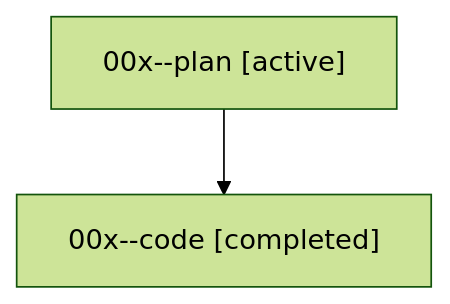
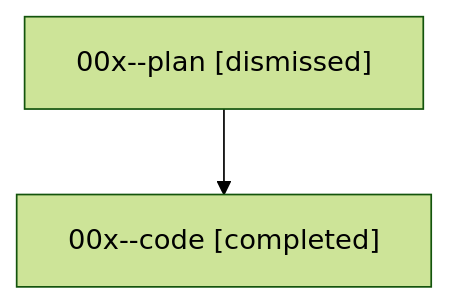
The diagram in sessions/bbugyi200.athena.00x.md (bobs-org/bob-cli--agents), drawn with Mermaid (forest theme) before and after one commit. The commit also changed other lines of this file and 20 other files, not shown here.

````diff
--- a/sessions/bbugyi200.athena.00x.md
+++ b/sessions/bbugyi200.athena.00x.md
@@ -9,6 +9,6 @@
 ```mermaid
 flowchart TD
-  n0["00x--plan [active]"]
+  n0["00x--plan [dismissed]"]
   n1["00x--code [completed]"]
   n0 --> n1
 ```
````
